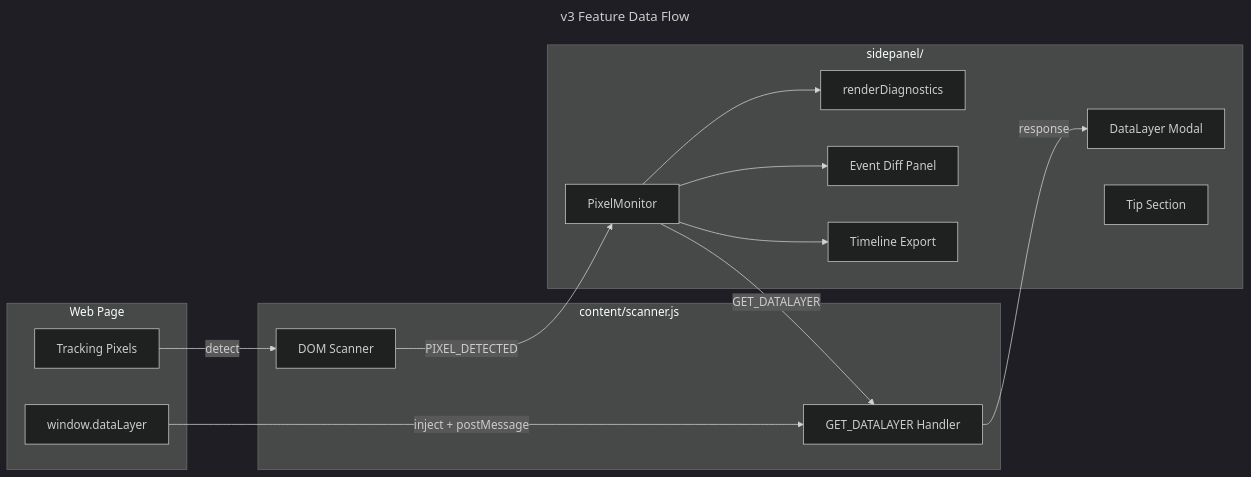
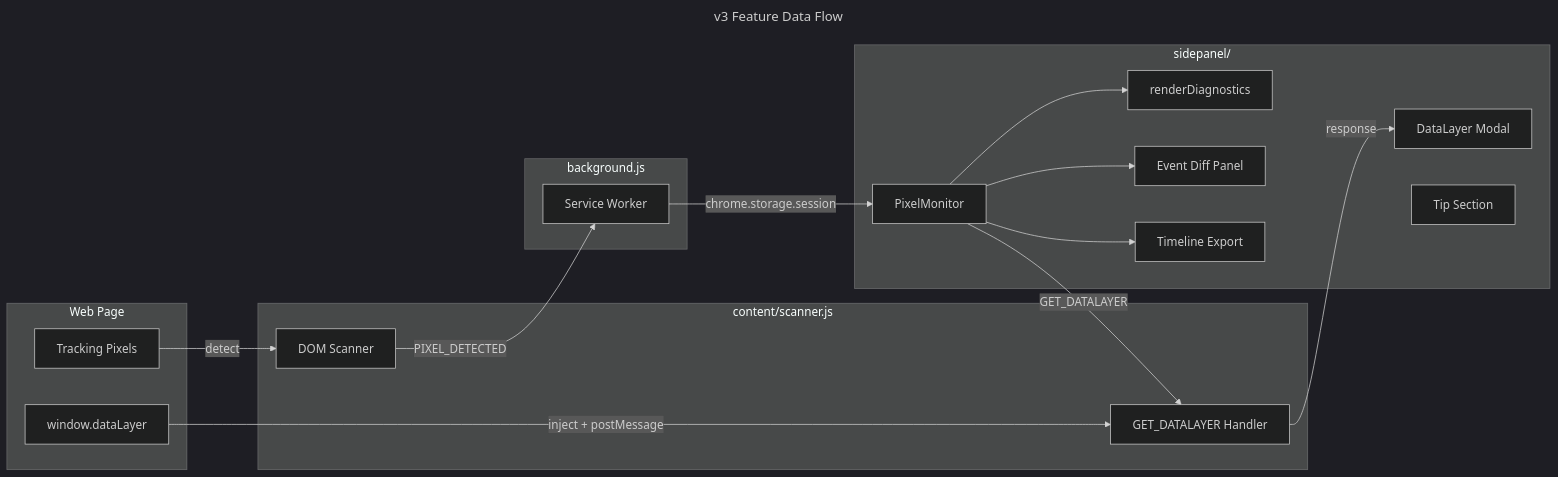
Before and after one commit to vanhao1997/unified-pixel-inspector: the first of 2 diagrams in docs/c4-code-v3.md, drawn with Mermaid (dark theme). The commit also changed other lines of this file and 3 other files, not shown here.

````diff
--- a/docs/c4-code-v3.md
+++ b/docs/c4-code-v3.md
@@ -70,33 +81,38 @@
 ```mermaid
 ---
 title: v3 Feature Data Flow
 ---
 flowchart LR
     subgraph Page ["Web Page"]
         DL[window.dataLayer]
         Pixels[Tracking Pixels]
     end
 
     subgraph ContentScript ["content/scanner.js"]
         Scanner[DOM Scanner]
         DLHandler[GET_DATALAYER Handler]
     end
 
+    subgraph Background ["background.js"]
+        SW[Service Worker]
+    end
+
     subgraph SidePanel ["sidepanel/"]
         PM[PixelMonitor]
         Diag[renderDiagnostics]
         DLModal[DataLayer Modal]
         Diff[Event Diff Panel]
         Export[Timeline Export]
         Tip[Tip Section]
     end
 
     Pixels -->|detect| Scanner
-    Scanner -->|PIXEL_DETECTED| PM
+    Scanner -->|PIXEL_DETECTED| SW
+    SW -->|chrome.storage.session| PM
     PM --> Diag
     PM -->|GET_DATALAYER| DLHandler
     DL -->|inject + postMessage| DLHandler
     DLHandler -->|response| DLModal
     PM --> Diff
     PM --> Export
 ```
````
